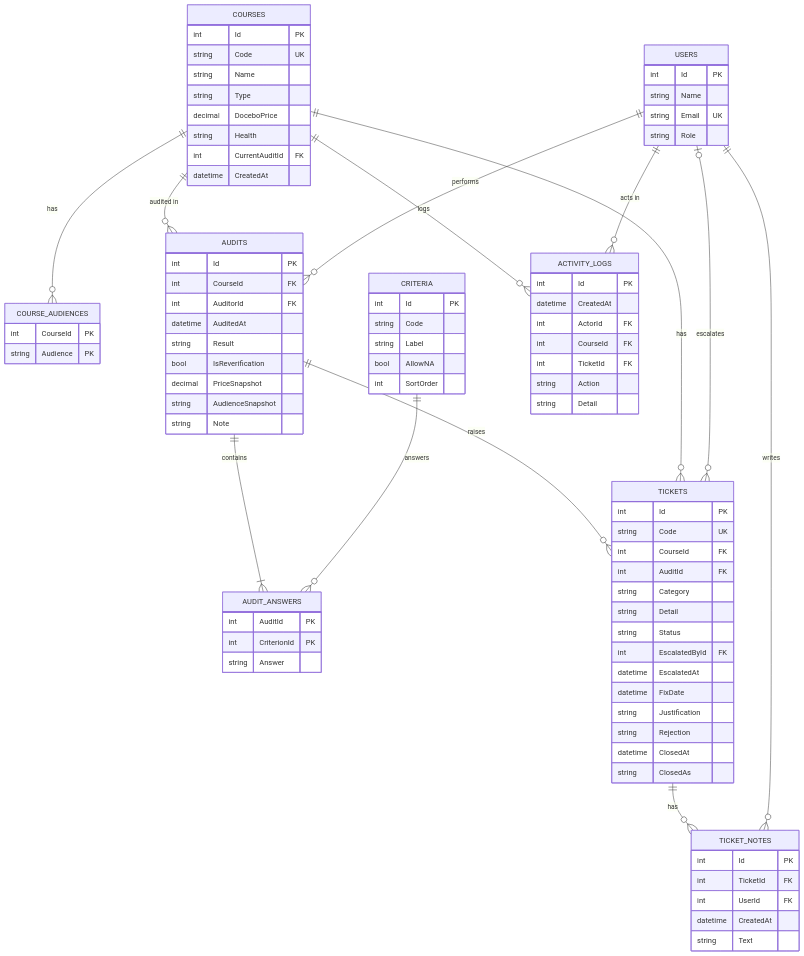
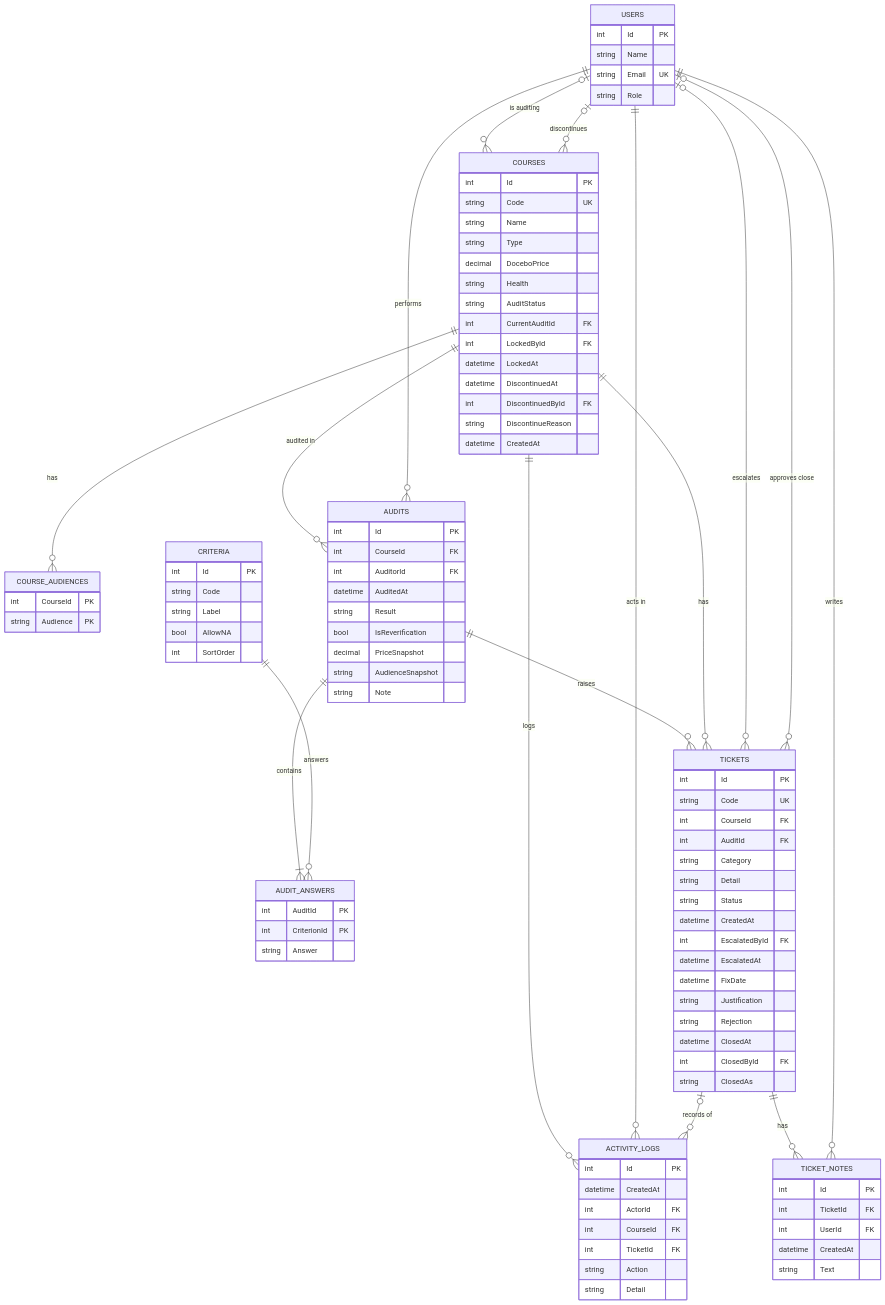
Before and after one commit to ahpou9512/course-audit-demo: the diagram in database.md, drawn with Mermaid. The commit also changed other lines of this file and 2 other files, not shown here.

First line of the commit message:
Keep re-audited courses Healthy and update the schema doc

```diff
--- a/database.md
+++ b/database.md
@@ -14,10 +14,14 @@
   AUDITS ||--o{ TICKETS : raises
   COURSES ||--o{ TICKETS : has
   USERS |o--o{ TICKETS : escalates
+  USERS |o--o{ TICKETS : "approves close"
+  USERS |o--o{ COURSES : "is auditing"
+  USERS |o--o{ COURSES : discontinues
   TICKETS ||--o{ TICKET_NOTES : has
   USERS ||--o{ TICKET_NOTES : writes
   COURSES ||--o{ ACTIVITY_LOGS : logs
   USERS ||--o{ ACTIVITY_LOGS : "acts in"
+  TICKETS |o--o{ ACTIVITY_LOGS : "records of"
 
   USERS {
     int Id PK
@@ -32,7 +36,13 @@
     string Type
     decimal DoceboPrice
     string Health
+    string AuditStatus
     int CurrentAuditId FK
+    int LockedById FK
+    datetime LockedAt
+    datetime DiscontinuedAt
+    int DiscontinuedById FK
+    string DiscontinueReason
     datetime CreatedAt
   }
   COURSE_AUDIENCES {
@@ -70,12 +80,14 @@
     string Category
     string Detail
     string Status
+    datetime CreatedAt
     int EscalatedById FK
     datetime EscalatedAt
     datetime FixDate
     string Justification
     string Rejection
     datetime ClosedAt
+    int ClosedById FK
     string ClosedAs
   }
   TICKET_NOTES {
```
